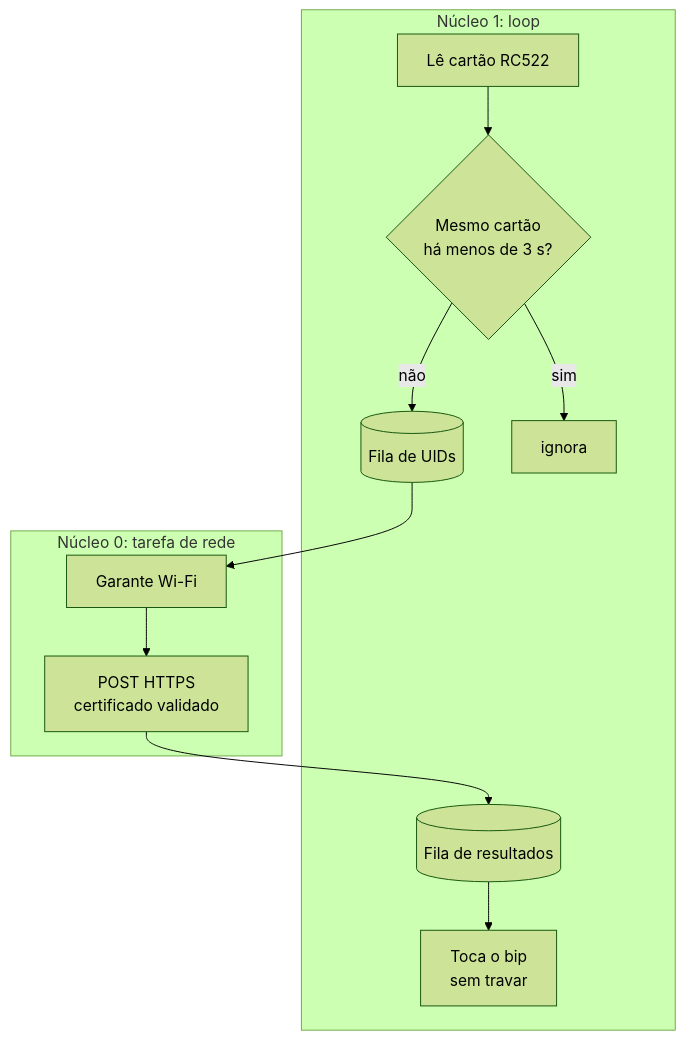
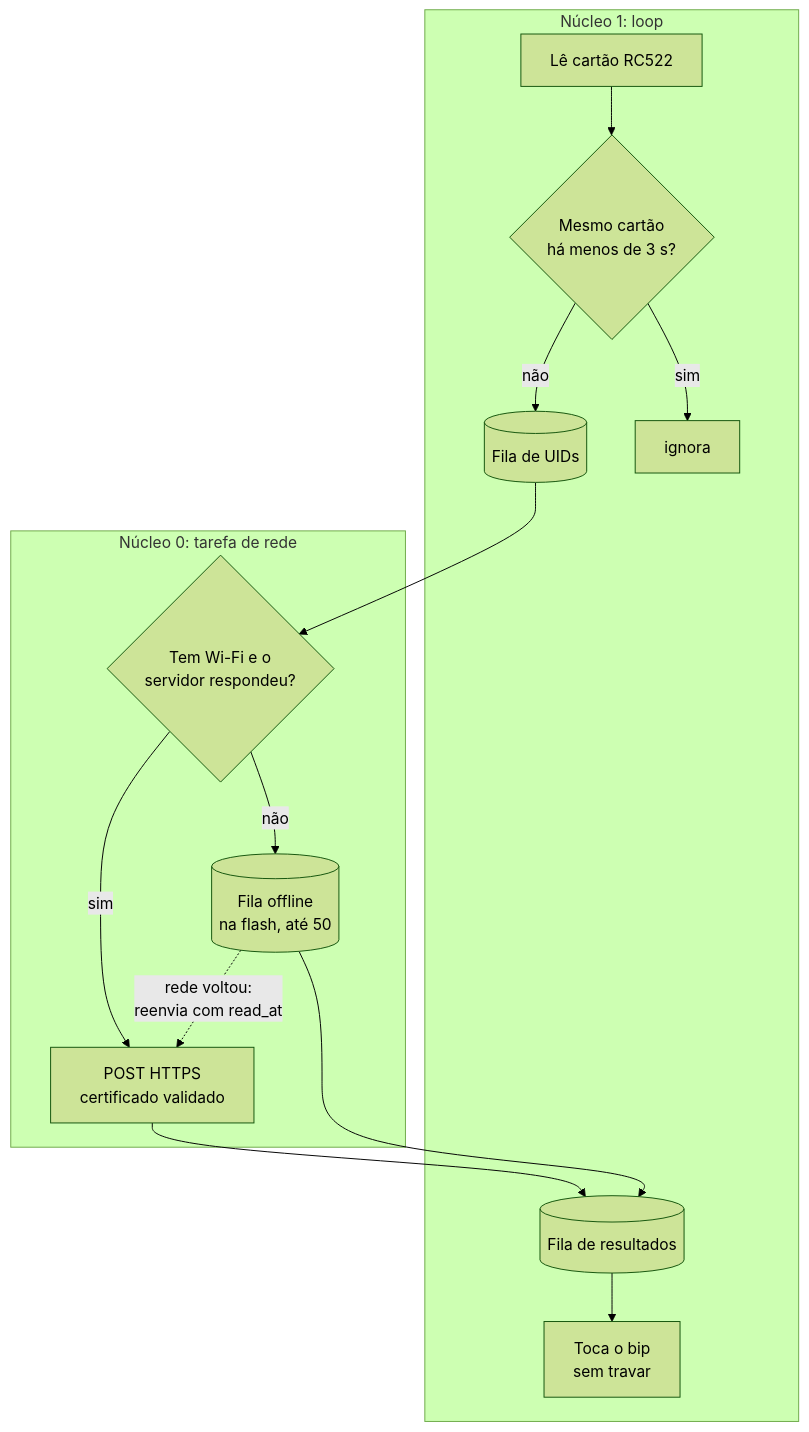
Before and after one commit to pedrolubacheski/BipCheck: the fifth of 5 diagrams in docs/diagrams/architecture.md, drawn with Mermaid (forest theme). The commit also changed other lines of this file and 29 other files, not shown here.

First line of the commit message:
feat: adiciona fila offline de embarques no leitor

````diff
--- a/docs/diagrams/architecture.md
+++ b/docs/diagrams/architecture.md
@@ -93,12 +114,15 @@
 ```mermaid
 flowchart TB
     subgraph core1 [Núcleo 1: loop]
         read[Lê cartão RC522] --> debounce{Mesmo cartão<br/>há menos de 3 s?}
         debounce -- não --> queue[(Fila de UIDs)]
         debounce -- sim --> ignore[ignora]
         results[(Fila de resultados)] --> buzzer[Toca o bip<br/>sem travar]
     end
     subgraph core0 [Núcleo 0: tarefa de rede]
-        queue --> wifi[Garante Wi-Fi] --> post[POST HTTPS<br/>certificado validado] --> results
+        queue --> online{Tem Wi-Fi e o<br/>servidor respondeu?}
+        online -- sim --> post[POST HTTPS<br/>certificado validado] --> results
+        online -- não --> offline[(Fila offline<br/>na flash, até 50)] --> results
+        offline -. rede voltou:<br/>reenvia com read_at .-> post
     end
 ```
````
